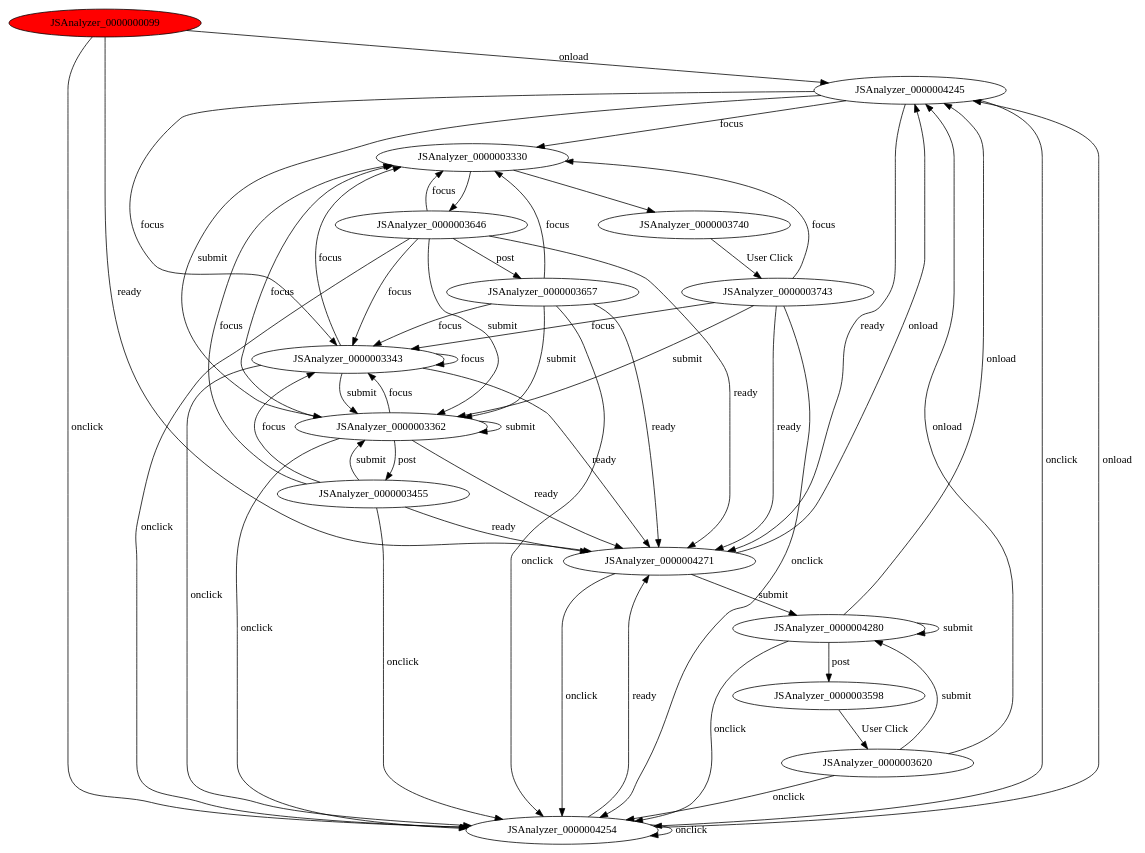
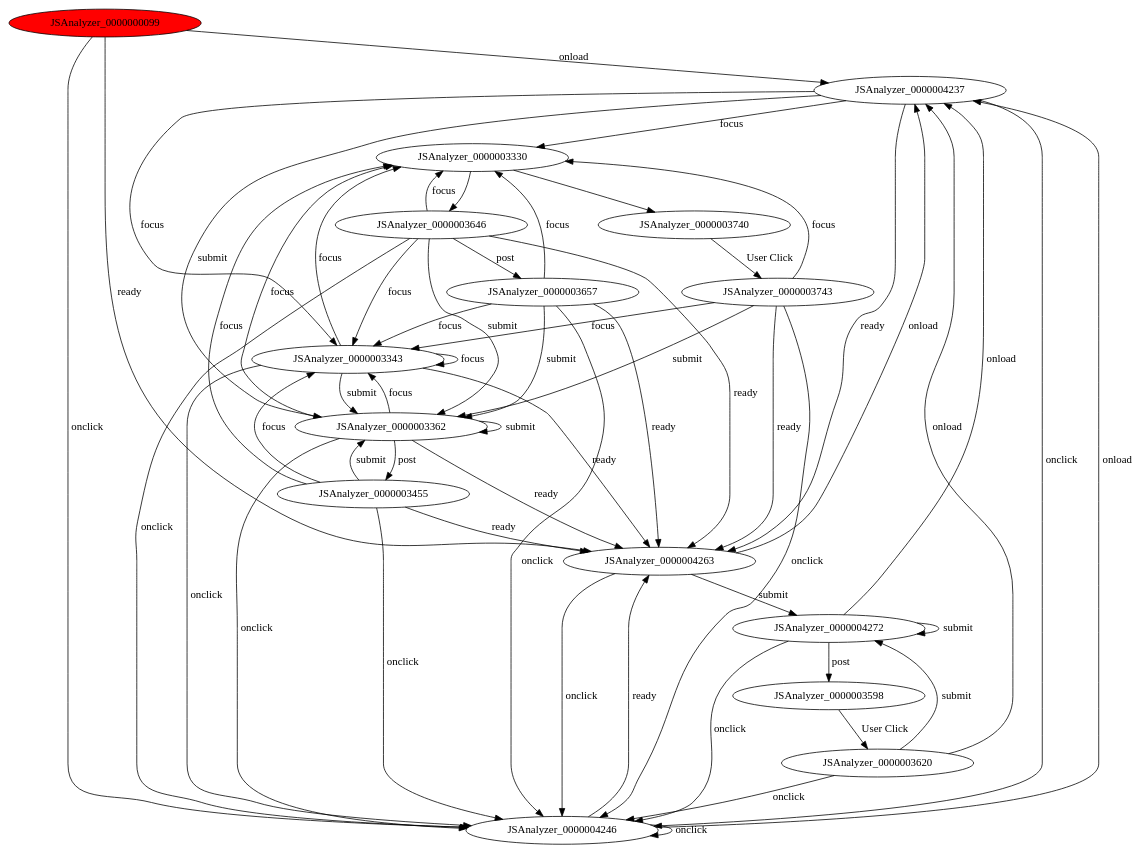
Before and after one commit to mzw/JSAnalyzer: the diagram in projects/project/verify/counterexample/CS2020mError.spec.4.step.0.dot, drawn with Graphviz. The commit also changed 154 other files, not shown here.

```diff
--- a/projects/project/verify/counterexample/CS2020mError.spec.4.step.0.dot
+++ b/projects/project/verify/counterexample/CS2020mError.spec.4.step.0.dot
@@ -1,74 +1,74 @@
 digraph FSM {
 JSAnalyzer_0000000099 [style=filled,fillcolor=red];
 JSAnalyzer_0000003330 [];
 JSAnalyzer_0000003343 [];
 JSAnalyzer_0000003362 [];
 JSAnalyzer_0000003455 [];
 JSAnalyzer_0000003598 [];
 JSAnalyzer_0000003646 [];
 JSAnalyzer_0000003657 [];
 JSAnalyzer_0000003740 [];
-JSAnalyzer_0000004245 [];
-JSAnalyzer_0000004254 [];
-JSAnalyzer_0000004271 [];
-JSAnalyzer_0000004280 [];
+JSAnalyzer_0000004237 [];
+JSAnalyzer_0000004246 [];
+JSAnalyzer_0000004263 [];
+JSAnalyzer_0000004272 [];
 JSAnalyzer_0000003620 [];
 JSAnalyzer_0000003743 [];
 JSAnalyzer_0000003330 -> JSAnalyzer_0000003646 []
 JSAnalyzer_0000003330 -> JSAnalyzer_0000003740 []
-JSAnalyzer_0000000099 -> JSAnalyzer_0000004245 [label="onload"]
-JSAnalyzer_0000000099 -> JSAnalyzer_0000004254 [label="onclick"]
-JSAnalyzer_0000000099 -> JSAnalyzer_0000004271 [label="ready"]
+JSAnalyzer_0000000099 -> JSAnalyzer_0000004237 [label="onload"]
+JSAnalyzer_0000000099 -> JSAnalyzer_0000004246 [label="onclick"]
+JSAnalyzer_0000000099 -> JSAnalyzer_0000004263 [label="ready"]
 JSAnalyzer_0000003343 -> JSAnalyzer_0000003330 [label="focus"]
 JSAnalyzer_0000003343 -> JSAnalyzer_0000003343 [label="focus"]
 JSAnalyzer_0000003343 -> JSAnalyzer_0000003362 [label="submit"]
-JSAnalyzer_0000003343 -> JSAnalyzer_0000004254 [label="onclick"]
-JSAnalyzer_0000003343 -> JSAnalyzer_0000004271 [label="ready"]
+JSAnalyzer_0000003343 -> JSAnalyzer_0000004246 [label="onclick"]
+JSAnalyzer_0000003343 -> JSAnalyzer_0000004263 [label="ready"]
 JSAnalyzer_0000003362 -> JSAnalyzer_0000003455 [label="post"]
 JSAnalyzer_0000003362 -> JSAnalyzer_0000003330 [label="focus"]
 JSAnalyzer_0000003362 -> JSAnalyzer_0000003343 [label="focus"]
 JSAnalyzer_0000003362 -> JSAnalyzer_0000003362 [label="submit"]
-JSAnalyzer_0000003362 -> JSAnalyzer_0000004254 [label="onclick"]
-JSAnalyzer_0000003362 -> JSAnalyzer_0000004271 [label="ready"]
+JSAnalyzer_0000003362 -> JSAnalyzer_0000004246 [label="onclick"]
+JSAnalyzer_0000003362 -> JSAnalyzer_0000004263 [label="ready"]
 JSAnalyzer_0000003455 -> JSAnalyzer_0000003330 [label="focus"]
 JSAnalyzer_0000003455 -> JSAnalyzer_0000003343 [label="focus"]
 JSAnalyzer_0000003455 -> JSAnalyzer_0000003362 [label="submit"]
-JSAnalyzer_0000003455 -> JSAnalyzer_0000004254 [label="onclick"]
-JSAnalyzer_0000003455 -> JSAnalyzer_0000004271 [label="ready"]
+JSAnalyzer_0000003455 -> JSAnalyzer_0000004246 [label="onclick"]
+JSAnalyzer_0000003455 -> JSAnalyzer_0000004263 [label="ready"]
 JSAnalyzer_0000003598 -> JSAnalyzer_0000003620 [label="User Click"]
 JSAnalyzer_0000003646 -> JSAnalyzer_0000003657 [label="post"]
 JSAnalyzer_0000003646 -> JSAnalyzer_0000003330 [label="focus"]
 JSAnalyzer_0000003646 -> JSAnalyzer_0000003343 [label="focus"]
 JSAnalyzer_0000003646 -> JSAnalyzer_0000003362 [label="submit"]
-JSAnalyzer_0000003646 -> JSAnalyzer_0000004254 [label="onclick"]
-JSAnalyzer_0000003646 -> JSAnalyzer_0000004271 [label="ready"]
+JSAnalyzer_0000003646 -> JSAnalyzer_0000004246 [label="onclick"]
+JSAnalyzer_0000003646 -> JSAnalyzer_0000004263 [label="ready"]
 JSAnalyzer_0000003657 -> JSAnalyzer_0000003330 [label="focus"]
 JSAnalyzer_0000003657 -> JSAnalyzer_0000003343 [label="focus"]
 JSAnalyzer_0000003657 -> JSAnalyzer_0000003362 [label="submit"]
-JSAnalyzer_0000003657 -> JSAnalyzer_0000004254 [label="onclick"]
-JSAnalyzer_0000003657 -> JSAnalyzer_0000004271 [label="ready"]
+JSAnalyzer_0000003657 -> JSAnalyzer_0000004246 [label="onclick"]
+JSAnalyzer_0000003657 -> JSAnalyzer_0000004263 [label="ready"]
 JSAnalyzer_0000003740 -> JSAnalyzer_0000003743 [label="User Click"]
-JSAnalyzer_0000004245 -> JSAnalyzer_0000003330 [label="focus"]
-JSAnalyzer_0000004245 -> JSAnalyzer_0000003343 [label="focus"]
-JSAnalyzer_0000004245 -> JSAnalyzer_0000003362 [label="submit"]
-JSAnalyzer_0000004245 -> JSAnalyzer_0000004254 [label="onclick"]
-JSAnalyzer_0000004245 -> JSAnalyzer_0000004271 [label="ready"]
-JSAnalyzer_0000004254 -> JSAnalyzer_0000004245 [label="onload"]
-JSAnalyzer_0000004254 -> JSAnalyzer_0000004254 [label="onclick"]
-JSAnalyzer_0000004254 -> JSAnalyzer_0000004271 [label="ready"]
-JSAnalyzer_0000004271 -> JSAnalyzer_0000004280 [label="submit"]
-JSAnalyzer_0000004271 -> JSAnalyzer_0000004245 [label="onload"]
-JSAnalyzer_0000004271 -> JSAnalyzer_0000004254 [label="onclick"]
-JSAnalyzer_0000004280 -> JSAnalyzer_0000003598 [label="post"]
-JSAnalyzer_0000004280 -> JSAnalyzer_0000004280 [label="submit"]
-JSAnalyzer_0000004280 -> JSAnalyzer_0000004245 [label="onload"]
-JSAnalyzer_0000004280 -> JSAnalyzer_0000004254 [label="onclick"]
-JSAnalyzer_0000003620 -> JSAnalyzer_0000004280 [label="submit"]
-JSAnalyzer_0000003620 -> JSAnalyzer_0000004245 [label="onload"]
-JSAnalyzer_0000003620 -> JSAnalyzer_0000004254 [label="onclick"]
+JSAnalyzer_0000004237 -> JSAnalyzer_0000003330 [label="focus"]
+JSAnalyzer_0000004237 -> JSAnalyzer_0000003343 [label="focus"]
+JSAnalyzer_0000004237 -> JSAnalyzer_0000003362 [label="submit"]
+JSAnalyzer_0000004237 -> JSAnalyzer_0000004246 [label="onclick"]
+JSAnalyzer_0000004237 -> JSAnalyzer_0000004263 [label="ready"]
+JSAnalyzer_0000004246 -> JSAnalyzer_0000004237 [label="onload"]
+JSAnalyzer_0000004246 -> JSAnalyzer_0000004246 [label="onclick"]
+JSAnalyzer_0000004246 -> JSAnalyzer_0000004263 [label="ready"]
+JSAnalyzer_0000004263 -> JSAnalyzer_0000004272 [label="submit"]
+JSAnalyzer_0000004263 -> JSAnalyzer_0000004237 [label="onload"]
+JSAnalyzer_0000004263 -> JSAnalyzer_0000004246 [label="onclick"]
+JSAnalyzer_0000004272 -> JSAnalyzer_0000003598 [label="post"]
+JSAnalyzer_0000004272 -> JSAnalyzer_0000004272 [label="submit"]
+JSAnalyzer_0000004272 -> JSAnalyzer_0000004237 [label="onload"]
+JSAnalyzer_0000004272 -> JSAnalyzer_0000004246 [label="onclick"]
+JSAnalyzer_0000003620 -> JSAnalyzer_0000004272 [label="submit"]
+JSAnalyzer_0000003620 -> JSAnalyzer_0000004237 [label="onload"]
+JSAnalyzer_0000003620 -> JSAnalyzer_0000004246 [label="onclick"]
 JSAnalyzer_0000003743 -> JSAnalyzer_0000003330 [label="focus"]
 JSAnalyzer_0000003743 -> JSAnalyzer_0000003343 [label="focus"]
 JSAnalyzer_0000003743 -> JSAnalyzer_0000003362 [label="submit"]
-JSAnalyzer_0000003743 -> JSAnalyzer_0000004254 [label="onclick"]
-JSAnalyzer_0000003743 -> JSAnalyzer_0000004271 [label="ready"]
+JSAnalyzer_0000003743 -> JSAnalyzer_0000004246 [label="onclick"]
+JSAnalyzer_0000003743 -> JSAnalyzer_0000004263 [label="ready"]
 }
```
